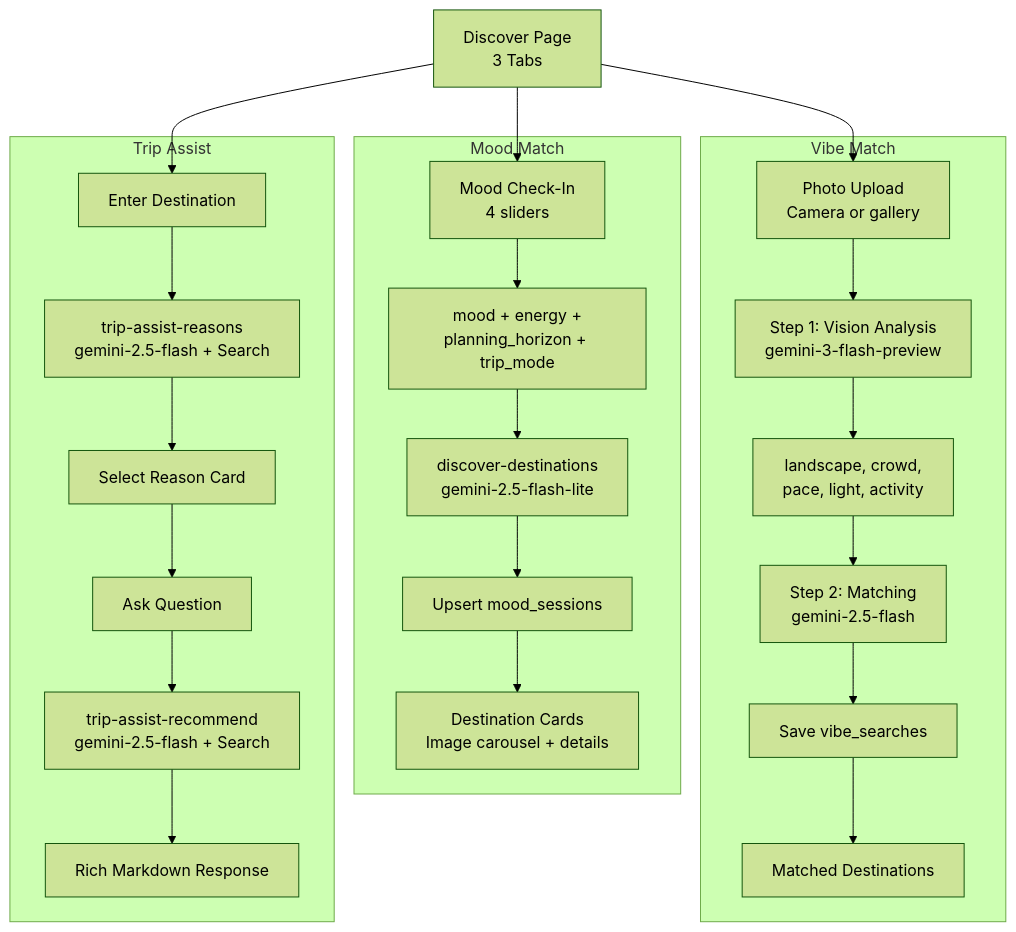
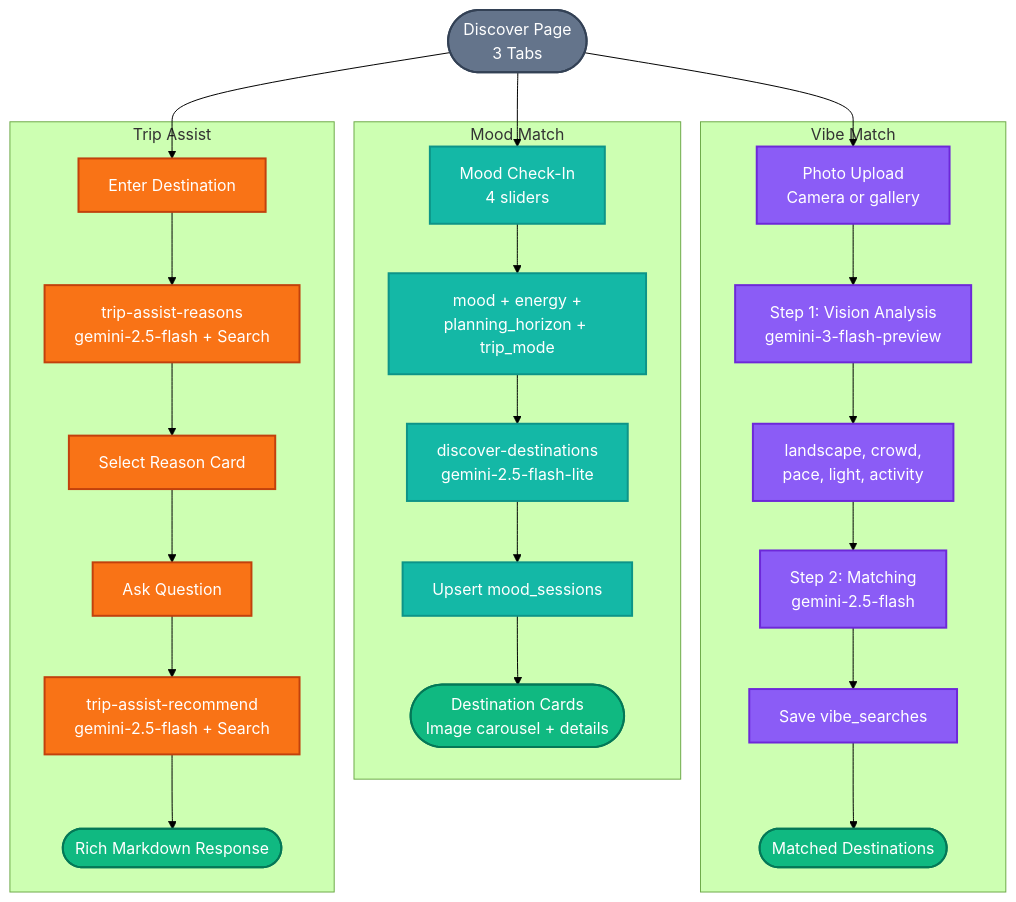
One commit to Adamya-Varshney/Xcurson-AI-Travel-Planner changed the seventh of 9 diagrams in README.md. Above: the diagram before and after it, drawn with Mermaid (forest theme). The commit also changed other lines of this file, not shown here.

First line of the commit message:
Style README diagrams with bright color-coded theme

````diff
--- a/README.md
+++ b/README.md
@@ -565,30 +613,44 @@
 ```mermaid
 flowchart TB
-    DISC["Discover Page\n3 Tabs"] --> TAB1 & TAB2 & TAB3
+    DISC(["Discover Page\n3 Tabs"]) --> TAB1 & TAB2 & TAB3
 
     subgraph MOOD["Mood Match"]
         TAB1["Mood Check-In\n4 sliders"]
         TAB1 --> M_INPUT["mood + energy +\nplanning_horizon + trip_mode"]
         M_INPUT --> M_FUNC["discover-destinations\ngemini-2.5-flash-lite"]
         M_FUNC --> M_SAVE["Upsert mood_sessions"]
-        M_SAVE --> M_CARDS["Destination Cards\nImage carousel + details"]
+        M_SAVE --> M_CARDS(["Destination Cards\nImage carousel + details"])
     end
 
     subgraph VIBE["Vibe Match"]
         TAB2["Photo Upload\nCamera or gallery"]
         TAB2 --> V_STEP1["Step 1: Vision Analysis\ngemini-3-flash-preview"]
         V_STEP1 --> V_FEATURES["landscape, crowd,\npace, light, activity"]
         V_FEATURES --> V_STEP2["Step 2: Matching\ngemini-2.5-flash"]
         V_STEP2 --> V_SAVE["Save vibe_searches"]
-        V_SAVE --> V_RESULTS["Matched Destinations"]
+        V_SAVE --> V_RESULTS(["Matched Destinations"])
     end
 
     subgraph ASSIST["Trip Assist"]
         TAB3["Enter Destination"]
         TAB3 --> A_REASONS["trip-assist-reasons\ngemini-2.5-flash + Search"]
         A_REASONS --> A_SELECT["Select Reason Card"]
         A_SELECT --> A_QUESTION["Ask Question"]
         A_QUESTION --> A_ANSWER["trip-assist-recommend\ngemini-2.5-flash + Search"]
-        A_ANSWER --> A_DISPLAY["Rich Markdown Response"]
+        A_ANSWER --> A_DISPLAY(["Rich Markdown Response"])
     end
+
+    classDef entry fill:#64748B,stroke:#334155,color:#FFFFFF,stroke-width:2px
+    classDef mood fill:#14B8A6,stroke:#0D9488,color:#FFFFFF,stroke-width:2px
+    classDef vibe fill:#8B5CF6,stroke:#6D28D9,color:#FFFFFF,stroke-width:2px
+    classDef assist fill:#F97316,stroke:#C2410C,color:#FFFFFF,stroke-width:2px
+    classDef output fill:#10B981,stroke:#047857,color:#FFFFFF,stroke-width:2px
+
+    class DISC entry
+    class TAB1,M_INPUT,M_FUNC,M_SAVE mood
+    class M_CARDS output
+    class TAB2,V_STEP1,V_FEATURES,V_STEP2,V_SAVE vibe
+    class V_RESULTS output
+    class TAB3,A_REASONS,A_SELECT,A_QUESTION,A_ANSWER assist
+    class A_DISPLAY output
 ```
````
